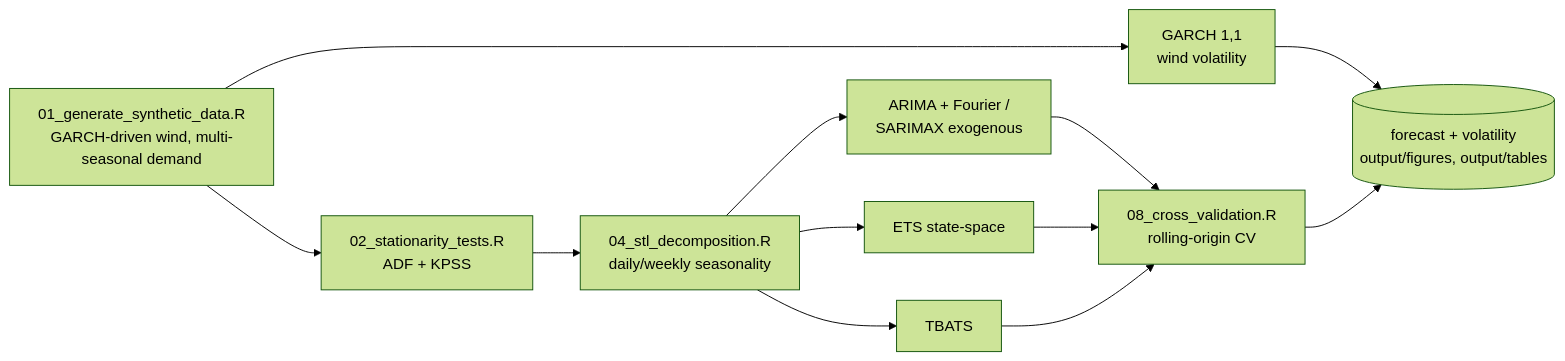
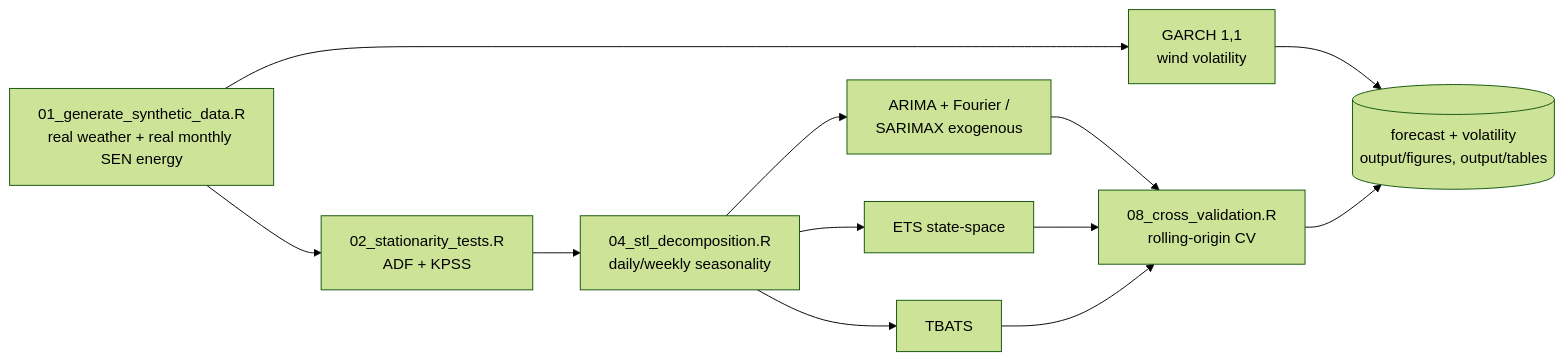
One commit to Rxyxs/chile-energy-grid-forecasting-r changed the diagram in README.md. Above: the diagram before and after it, drawn with Mermaid (forest theme). The commit also changed other lines of this file and 21 other files, not shown here.

First line of the commit message:
Anchor the R SEN series to real weather and real monthly SEN energy

````diff
--- a/README.md
+++ b/README.md
@@ -46,14 +46,14 @@
 ```mermaid
 flowchart LR
-    A[01_generate_synthetic_data.R<br/>GARCH-driven wind, multi-seasonal demand] --> B[02_stationarity_tests.R<br/>ADF + KPSS]
+    A[01_generate_synthetic_data.R<br/>real weather + real monthly SEN energy] --> B[02_stationarity_tests.R<br/>ADF + KPSS]
     B --> C[04_stl_decomposition.R<br/>daily/weekly seasonality]
     C --> D1[ARIMA + Fourier /<br/>SARIMAX exogenous]
     C --> D2[ETS state-space]
     C --> D3[TBATS]
     A --> E[GARCH 1,1<br/>wind volatility]
     D1 --> F[08_cross_validation.R<br/>rolling-origin CV]
     D2 --> F
     D3 --> F
     E --> G[(forecast + volatility<br/>output/figures, output/tables)]
     F --> G
 ```
````
